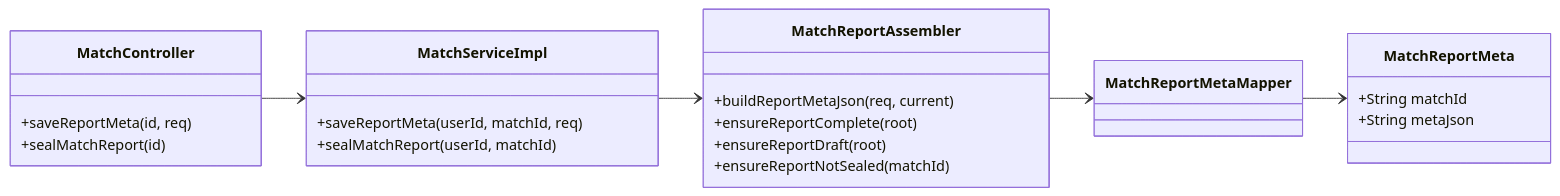
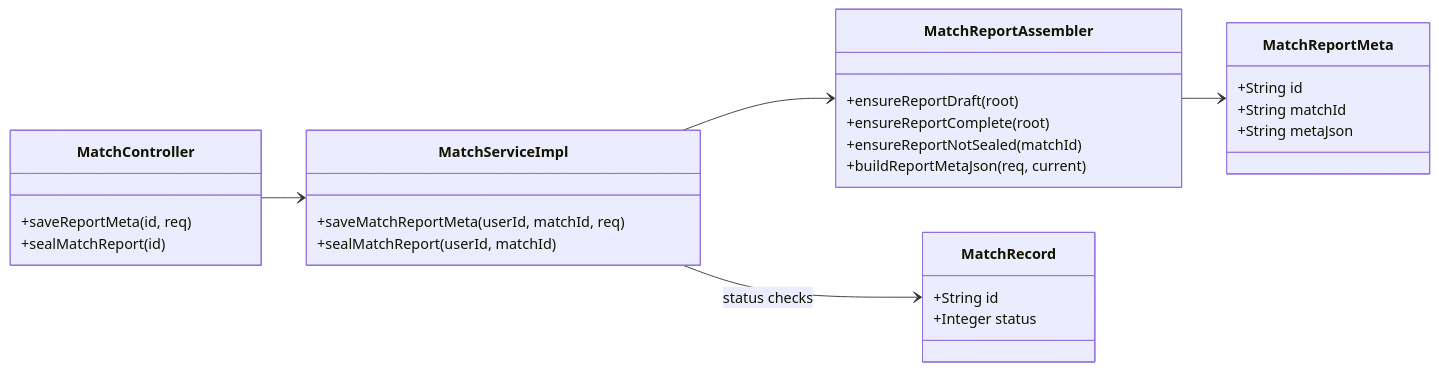
Before and after one commit to lijingyuu/Scoring: the tenth of 10 diagrams in docs/类图.md, drawn with Mermaid. The commit also changed other lines of this file and 34 other files, not shown here.

First line of the commit message:
fix(review): 全链路审查缺陷修复与领域类图架构治理

````diff
--- a/docs/类图.md
+++ b/docs/类图.md
@@ -797,33 +799,37 @@
 ```mermaid
 classDiagram
 direction LR
 
 class MatchController {
   +saveReportMeta(id, req)
   +sealMatchReport(id)
 }
 
 class MatchServiceImpl {
-  +saveReportMeta(userId, matchId, req)
+  +saveMatchReportMeta(userId, matchId, req)
   +sealMatchReport(userId, matchId)
 }
 
 class MatchReportAssembler {
+  +ensureReportDraft(root)
+  +ensureReportComplete(root)
+  +ensureReportNotSealed(matchId)
   +buildReportMetaJson(req, current)
-  +ensureReportComplete(root)
-  +ensureReportDraft(root)
-  +ensureReportNotSealed(matchId)
 }
 
 class MatchReportMeta {
+  +String id
   +String matchId
   +String metaJson
 }
 
-class MatchReportMetaMapper
+class MatchRecord {
+  +String id
+  +Integer status
+}
 
 MatchController --> MatchServiceImpl
 MatchServiceImpl --> MatchReportAssembler
-MatchReportAssembler --> MatchReportMetaMapper
-MatchReportMetaMapper --> MatchReportMeta
+MatchReportAssembler --> MatchReportMeta
+MatchServiceImpl --> MatchRecord : status checks
 ```
````
